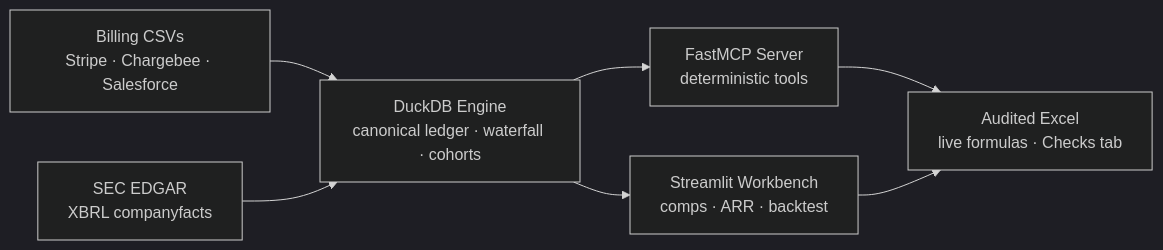
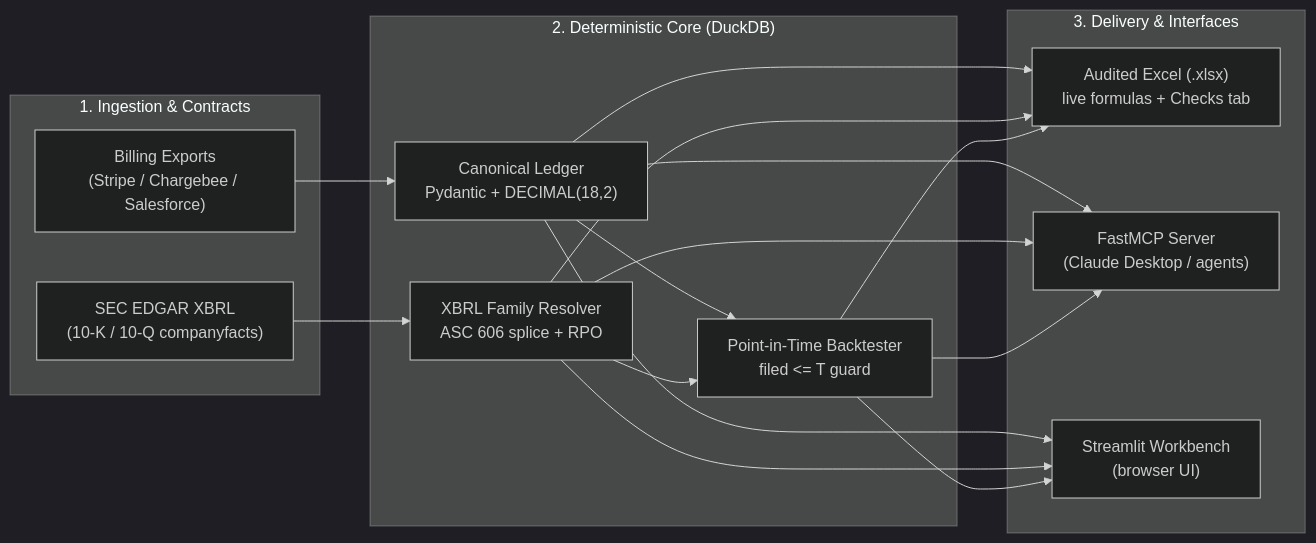
Before and after one commit to Skippy-8/saas-metrics: the diagram in README.md, drawn with Mermaid (dark theme). The commit also changed other lines of this file, not shown here.

````diff
--- a/README.md
+++ b/README.md
@@ -54,9 +88,24 @@
 ```mermaid
 flowchart LR
-    A["Billing CSVs<br/>Stripe · Chargebee · Salesforce"] --> C["DuckDB Engine<br/>canonical ledger · waterfall · cohorts"]
-    B["SEC EDGAR<br/>XBRL companyfacts"] --> C
-    C --> D["FastMCP Server<br/>deterministic tools"]
-    C --> E["Streamlit Workbench<br/>comps · ARR · backtest"]
-    D --> F["Audited Excel<br/>live formulas · Checks tab"]
-    E --> F
+    subgraph Ingestion ["1. Ingestion & Contracts"]
+        A1["Billing Exports<br/>(Stripe / Chargebee / Salesforce)"]
+        A2["SEC EDGAR XBRL<br/>(10-K / 10-Q companyfacts)"]
+    end
+
+    subgraph Engine ["2. Deterministic Core (DuckDB)"]
+        B1["Canonical Ledger<br/>Pydantic + DECIMAL(18,2)"]
+        B2["XBRL Family Resolver<br/>ASC 606 splice + RPO"]
+        B3["Point-in-Time Backtester<br/>filed <= T guard"]
+    end
+
+    subgraph Interfaces ["3. Delivery & Interfaces"]
+        C1["Audited Excel (.xlsx)<br/>live formulas + Checks tab"]
+        C2["FastMCP Server<br/>(Claude Desktop / agents)"]
+        C3["Streamlit Workbench<br/>(browser UI)"]
+    end
+
+    A1 --> B1
+    A2 --> B2
+    B1 & B2 --> B3
+    B1 & B2 & B3 --> C1 & C2 & C3
 ```
````
